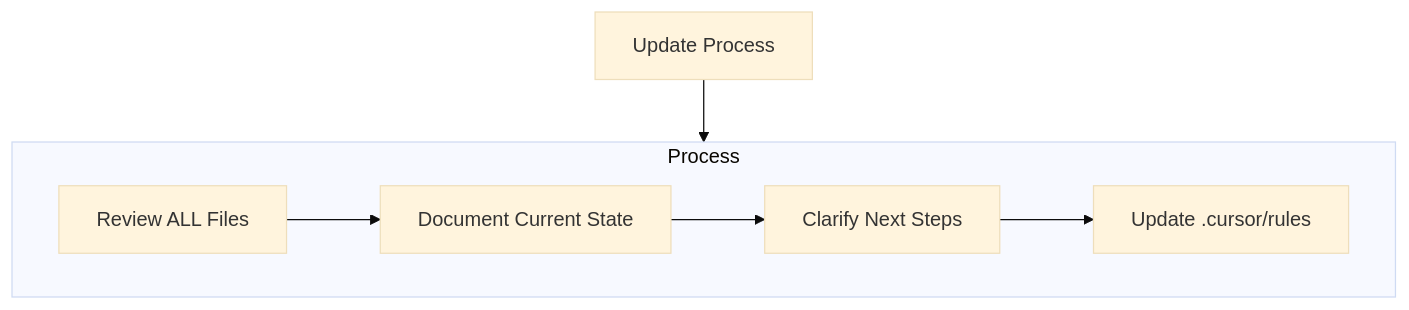
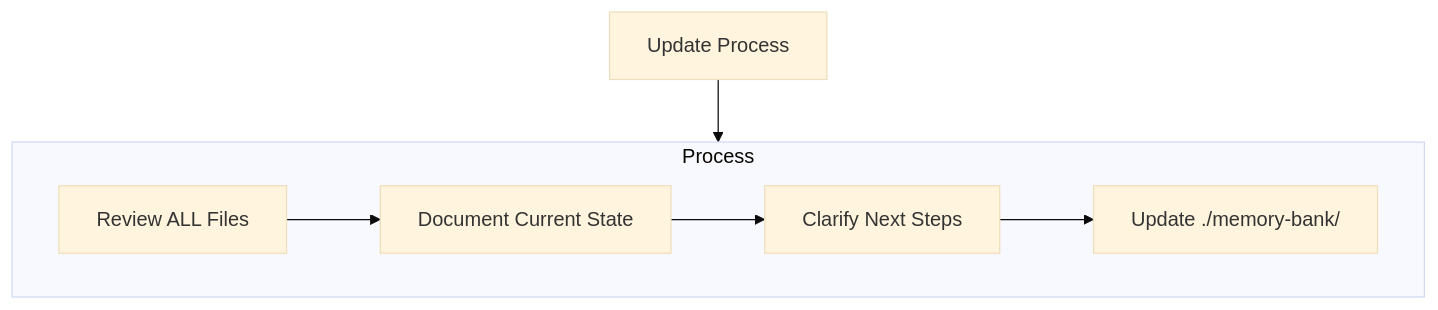
One commit to CHORUS-TRE/chorus-backend changed the fourth of 5 diagrams in .cursor/rules/memory-bank.mdc. Above: the diagram before and after it, drawn with Mermaid (base theme). The commit also changed other lines of this file and 4 other files, not shown here.

Commit message:
Update Memory Bank documentation to reflect the latest project structure

````diff
--- a/.cursor/rules/memory-bank.mdc
+++ b/.cursor/rules/memory-bank.mdc
@@ -111,15 +111,15 @@
 ```mermaid
 flowchart TD
     Start[Update Process]
 
     subgraph Process
         P1[Review ALL Files]
         P2[Document Current State]
         P3[Clarify Next Steps]
-        P4[Update .cursor/rules]
+        P4[Update ./memory-bank/]
 
         P1 --> P2 --> P3 --> P4
     end
 
     Start --> Process
 ```
````
